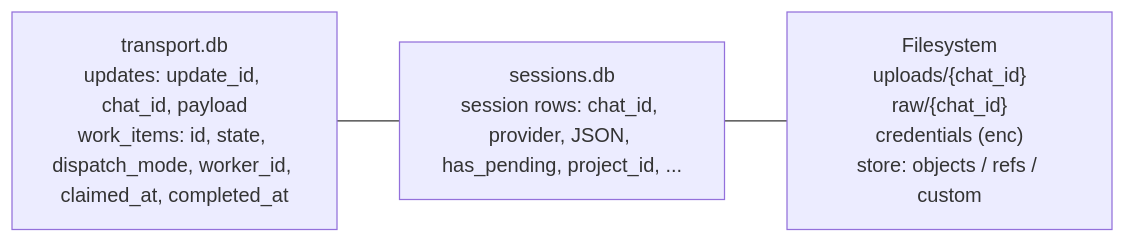
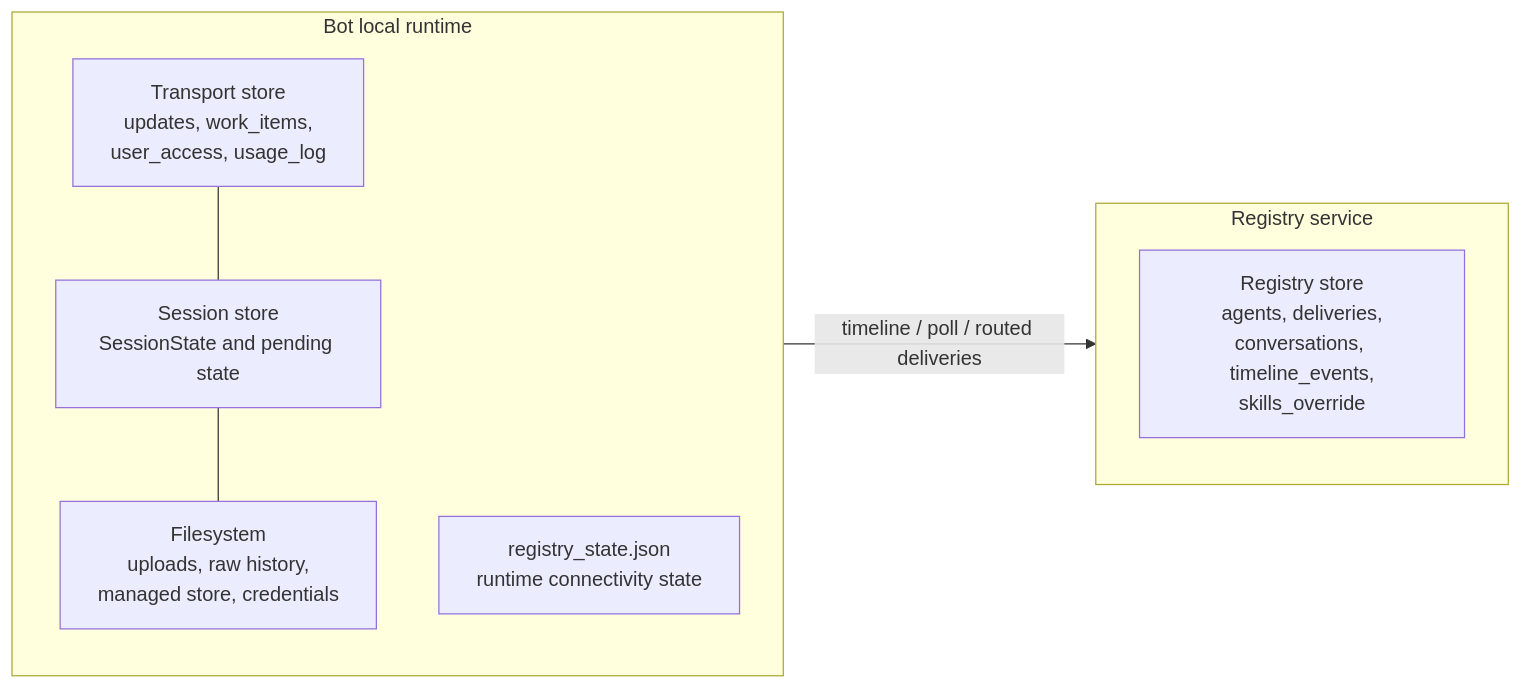
One commit to privacynow/octopus changed the sixth of 8 diagrams in docs/ARCHITECTURE.md. Above: the diagram before and after it, drawn with Mermaid. The commit also changed other lines of this file and 2 other files, not shown here.

Commit message:
Refresh architecture and README docs

````diff
--- a/docs/ARCHITECTURE.md
+++ b/docs/ARCHITECTURE.md
@@ -919,9 +536,17 @@
 ```mermaid
 flowchart LR
-    TDB["transport.db<br/>updates: update_id, chat_id, payload<br/>work_items: id, state, dispatch_mode, worker_id, claimed_at, completed_at"]
-    SDB["sessions.db<br/>session rows: chat_id, provider, JSON, has_pending, project_id, ..."]
-    FS["Filesystem<br/>uploads/{chat_id}<br/>raw/{chat_id}<br/>credentials (enc)<br/>store: objects / refs / custom"]
+    subgraph BOT["Bot local runtime"]
+        TS["Transport store<br/>updates, work_items,<br/>user_access, usage_log"]
+        SS["Session store<br/>SessionState and pending state"]
+        FS["Filesystem<br/>uploads, raw history,<br/>managed store, credentials"]
+        RS["registry_state.json<br/>runtime connectivity state"]
+    end
 
-    TDB --- SDB
-    SDB --- FS
+    subgraph REG["Registry service"]
+        RG["Registry store<br/>agents, deliveries,<br/>conversations, timeline_events,<br/>skills_override"]
+    end
+
+    TS --- SS
+    SS --- FS
+    BOT -->|"timeline / poll / routed deliveries"| REG
 ```
````
